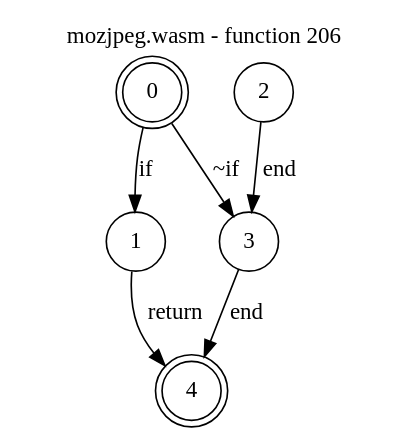
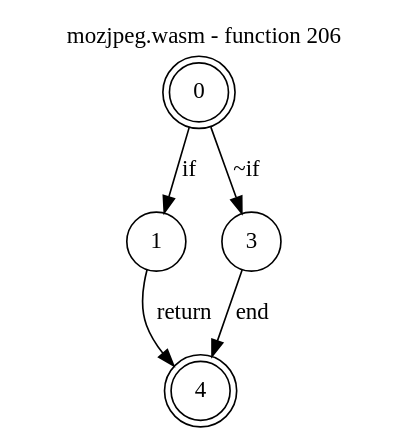
The diagram in test_cases/mozjpeg/funcs/mozjpeg-func206.dot (jsCarleton/wanalyze), drawn with Graphviz before and after one commit. The commit also changed 1234 other files, not shown here.

Commit message:
Don't display nodes with no successors in the flow graph

```diff
--- a/test_cases/mozjpeg/funcs/mozjpeg-func206.dot
+++ b/test_cases/mozjpeg/funcs/mozjpeg-func206.dot
@@ -1,14 +1,13 @@
 digraph finite_state_machine {
     label = "mozjpeg.wasm - function 206"
     labelloc =  t
     labelfontsize = 16
     labelfontcolor = black
     labelfontname = "Helvetica"
     node [shape = doublecircle]; 0 4;
     node [shape = circle];
-    0 -> 1[label = "if"];
-    0 -> 3[label = "~if"];
-    1 -> 4[label = "return"];
-    2 -> 3[label = "end"];
-    3 -> 4[label = "end"];
+    0 -> 1[label="if"];
+    0 -> 3[label="~if"];
+    1 -> 4[label="return"];
+    3 -> 4[label="end"];
 }
```
